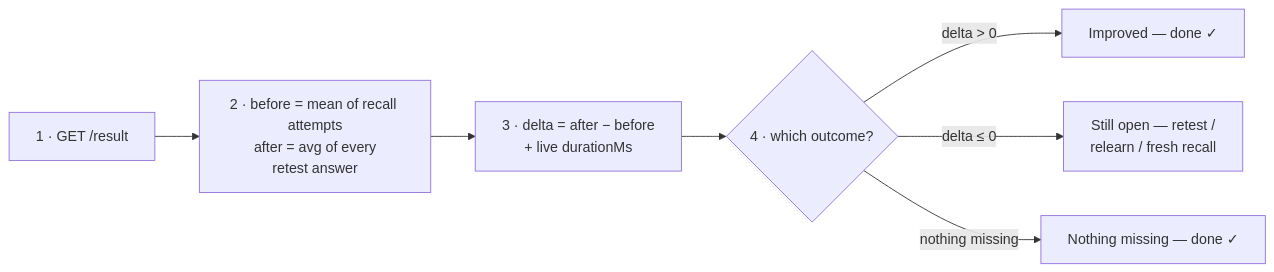
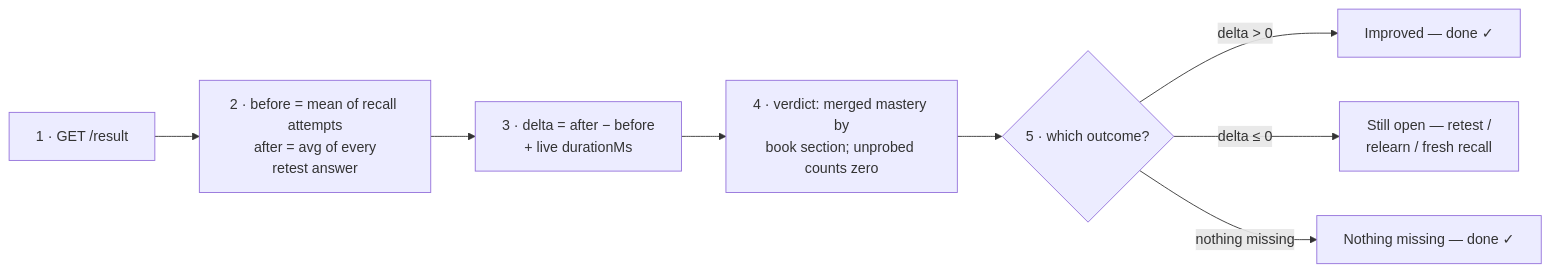
Diagram 11 of 16 in docs/howItWorks/dataflow.md (redwivision/Kiftet), drawn with Mermaid before and after one commit. The commit also changed other lines of this file and 12 other files, not shown here.

````diff
--- a/docs/howItWorks/dataflow.md
+++ b/docs/howItWorks/dataflow.md
@@ -460,9 +470,10 @@
 ```mermaid
 flowchart LR
   A["1 · GET /result"] --> B["2 · before = mean of recall attempts<br/>after = avg of every<br/>retest answer"]
   B --> C["3 · delta = after − before<br/>+ live durationMs"]
-  C --> D{"4 · which outcome?"}
+  C --> V["4 · verdict: merged mastery by<br/>book section; unprobed counts zero"]
+  V --> D{"5 · which outcome?"}
   D -->|"delta > 0"| E["Improved — done ✓"]
   D -->|"delta ≤ 0"| F["Still open — retest /<br/>relearn / fresh recall"]
   D -->|"nothing missing"| G["Nothing missing — done ✓"]
 ```
````
